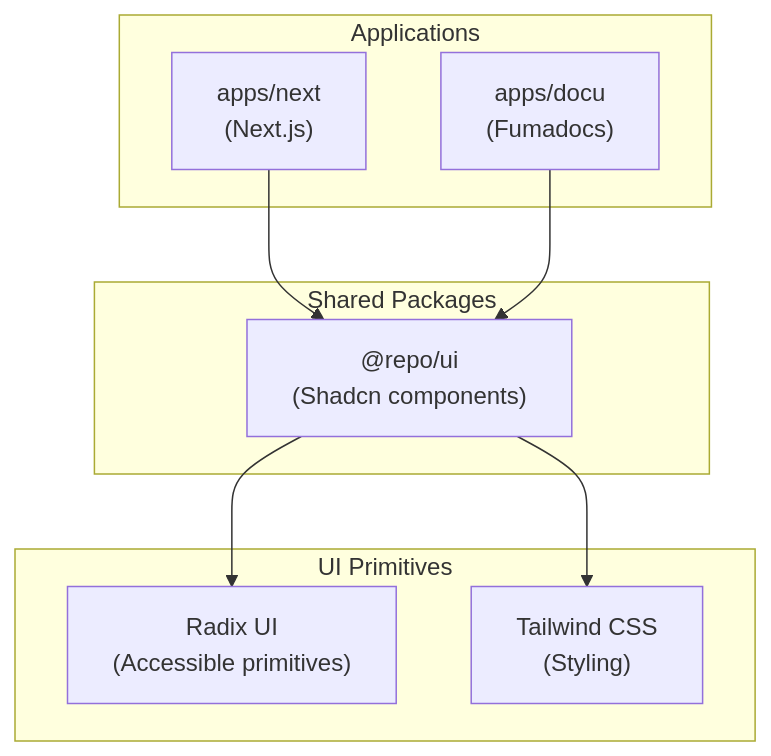
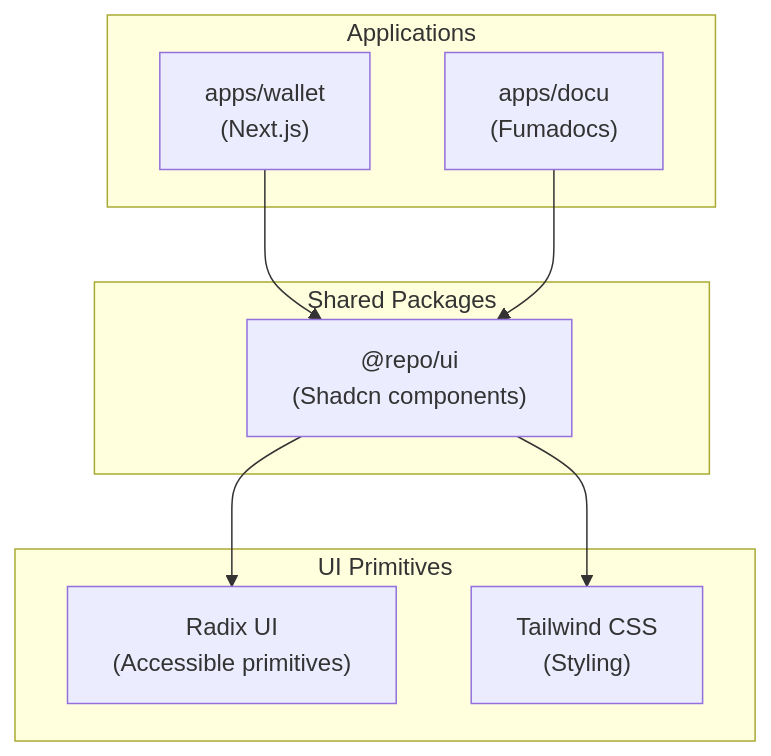
Before and after one commit to gaboesquivel/vencura: the diagram in apps/docu/content/docs/architecture/frontend-stack.mdx, drawn with Mermaid. The commit also changed other lines of this file and 86 other files, not shown here.

````diff
--- a/apps/docu/content/docs/architecture/frontend-stack.mdx
+++ b/apps/docu/content/docs/architecture/frontend-stack.mdx
@@ -47,21 +47,21 @@
 ```mermaid
 flowchart TB
   subgraph Apps["Applications"]
-    Web["apps/next<br/>(Next.js)"]
+    Wallet["apps/wallet<br/>(Next.js)"]
     Docs["apps/docu<br/>(Fumadocs)"]
   end
 
   subgraph Packages["Shared Packages"]
     UI["@repo/ui<br/>(Shadcn components)"]
   end
 
   subgraph Primitives["UI Primitives"]
     Radix["Radix UI<br/>(Accessible primitives)"]
     Tailwind["Tailwind CSS<br/>(Styling)"]
   end
 
-  Web --> UI
+  Wallet --> UI
   Docs --> UI
   UI --> Radix
   UI --> Tailwind
 ```
````
